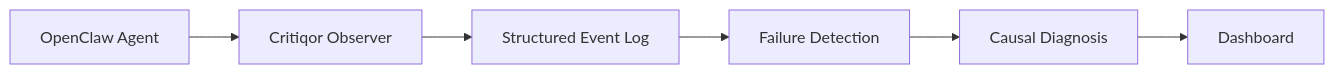
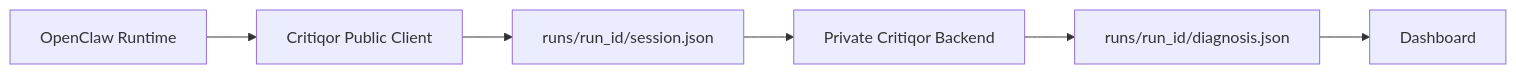
The diagram in README.md (web3curtis/Critiqor), drawn with Mermaid before and after one commit. The commit also changed other lines of this file and 15 other files, not shown here.

````diff
--- a/README.md
+++ b/README.md
@@ -93,8 +37,8 @@
 ```mermaid
 flowchart LR
-    A[OpenClaw Agent] --> B[Critiqor Observer]
-    B --> C[Structured Event Log]
-    C --> D[Failure Detection]
-    D --> E[Causal Diagnosis]
+    A[OpenClaw Runtime] --> B[Critiqor Public Client]
+    B --> C[runs/run_id/session.json]
+    C --> D[Private Critiqor Backend]
+    D --> E[runs/run_id/diagnosis.json]
     E --> F[Dashboard]
 ```
````
